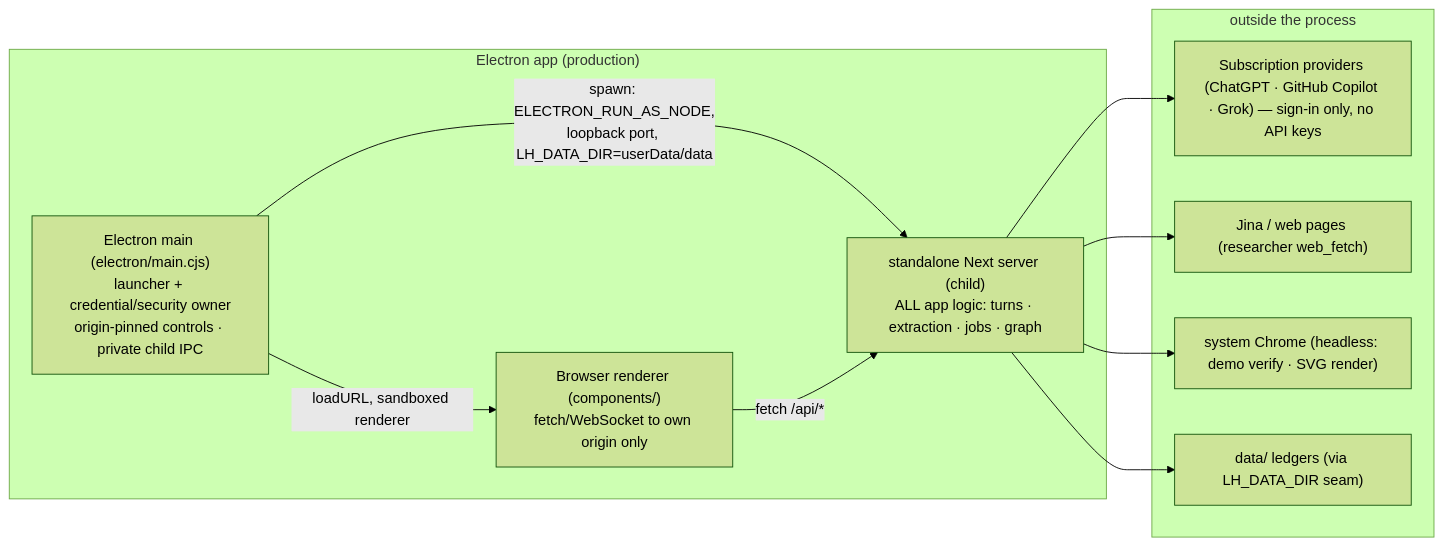
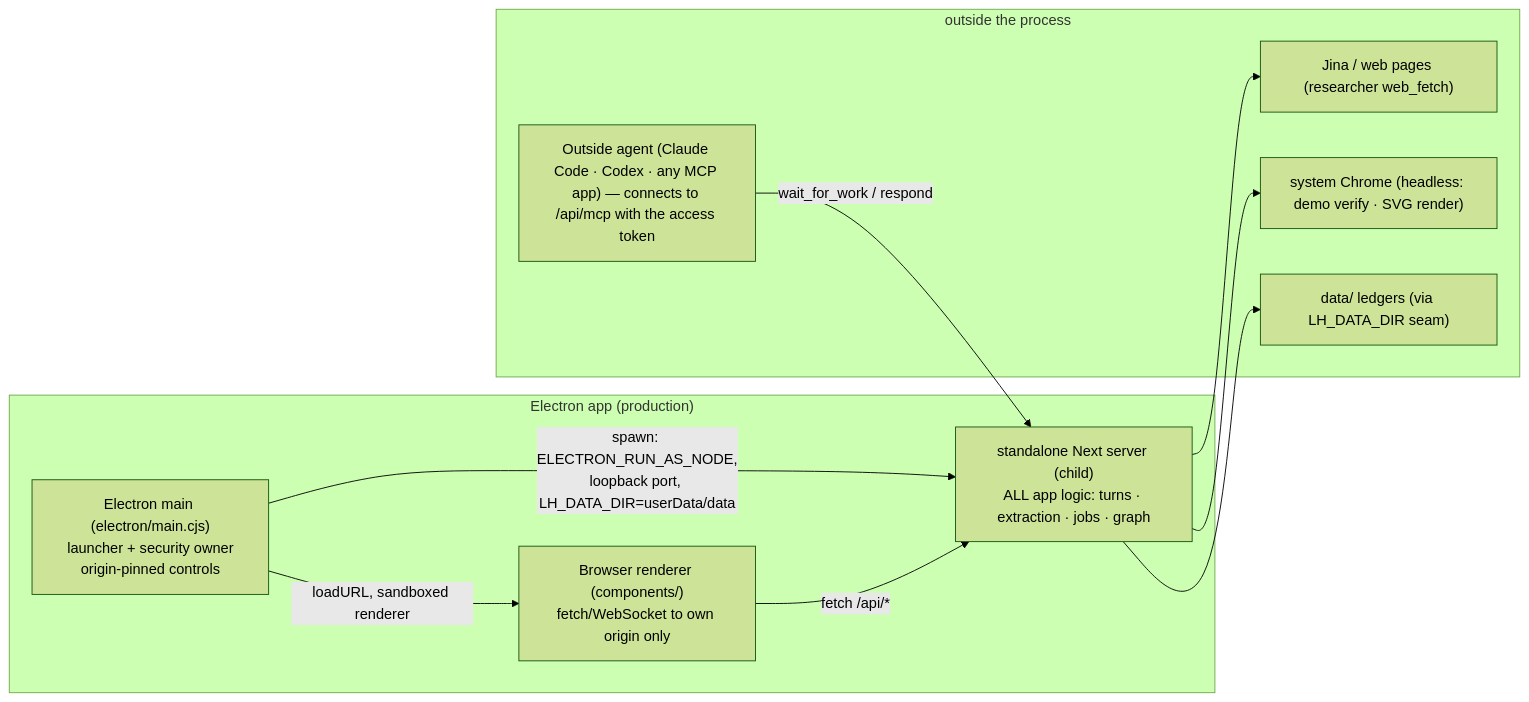
Before and after one commit to bayshores/godspeed: the seventh of 7 diagrams in docs/architecture.md, drawn with Mermaid (forest theme). The commit also changed other lines of this file and 206 other files, not shown here.

First line of the commit message:
onboarding: first-launch intro and setup; outside agents only

````diff
--- a/docs/architecture.md
+++ b/docs/architecture.md
@@ -409,18 +409,18 @@
 ```mermaid
 flowchart LR
     subgraph DESKTOP["Electron app (production)"]
-        MAIN["Electron main (electron/main.cjs)<br/>launcher + credential/security owner<br/>origin-pinned controls · private child IPC"] -->|"spawn: ELECTRON_RUN_AS_NODE,<br/>loopback port, LH_DATA_DIR=userData/data"| NEXT["standalone Next server (child)<br/>ALL app logic: turns · extraction · jobs · graph"]
+        MAIN["Electron main (electron/main.cjs)<br/>launcher + security owner<br/>origin-pinned controls"] -->|"spawn: ELECTRON_RUN_AS_NODE,<br/>loopback port, LH_DATA_DIR=userData/data"| NEXT["standalone Next server (child)<br/>ALL app logic: turns · extraction · jobs · graph"]
         MAIN -->|"loadURL, sandboxed renderer"| REND["Browser renderer (components/)<br/>fetch/WebSocket to own origin only"]
     end
     subgraph OUTSIDE["outside the process"]
-        OR["Subscription providers (ChatGPT · GitHub Copilot · Grok) — sign-in only, no API keys"]
+        OR["Outside agent (Claude Code · Codex · any MCP app) — connects to /api/mcp with the access token"]
         GCSE["Jina / web pages (researcher web_fetch)"]
         CHROME["system Chrome (headless: demo verify · SVG render)"]
         DISK["data/ ledgers (via LH_DATA_DIR seam)"]
     end
-    NEXT --> OR
+    OR -->|"wait_for_work / respond"| NEXT
     NEXT --> GCSE
     NEXT --> CHROME
     NEXT --> DISK
     REND -->|"fetch /api/*"| NEXT
 ```
````
